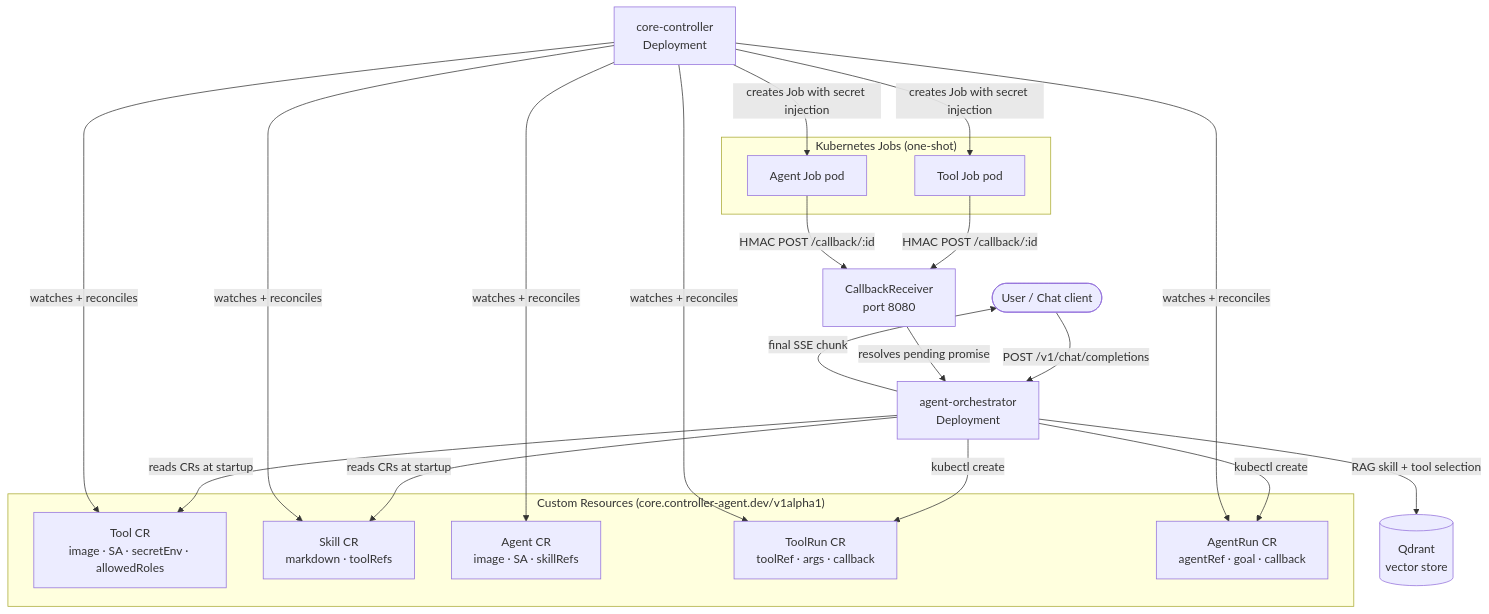
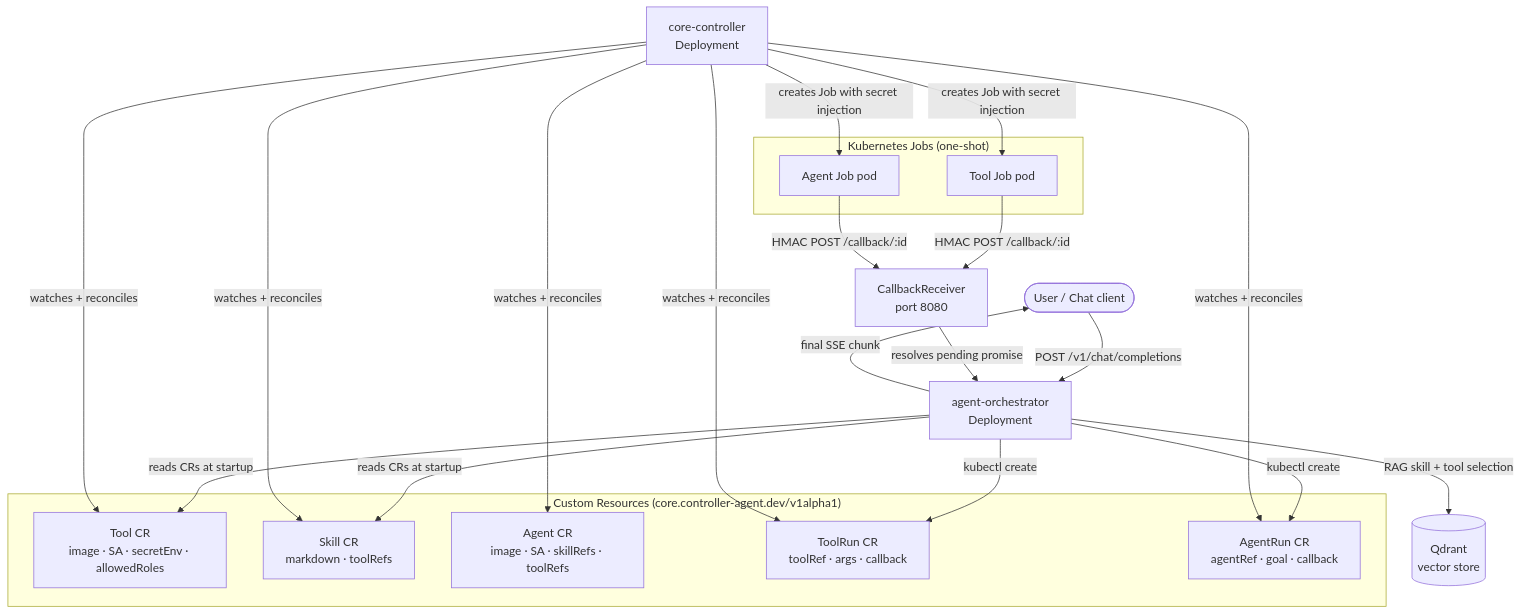
One commit to imaustink/agent-controller changed the diagram in README.md. Above: the diagram before and after it, drawn with Mermaid. The commit also changed 22 other files, not shown here.

First line of the commit message:
Let agents call tools via a new toolRefs field and callTool() SDK method

````diff
--- a/README.md
+++ b/README.md
@@ -39,32 +39,32 @@
 ```mermaid
 graph TD
     User([User / Chat client])
     Orchestrator[agent-orchestrator\nDeployment]
     Controller[core-controller\nDeployment]
 
     subgraph CRDs["Custom Resources (core.controller-agent.dev/v1alpha1)"]
         ToolCR[Tool CR\nimage · SA · secretEnv · allowedRoles]
         SkillCR[Skill CR\nmarkdown · toolRefs]
-        AgentCR[Agent CR\nimage · SA · skillRefs]
+        AgentCR[Agent CR\nimage · SA · skillRefs · toolRefs]
         ToolRunCR[ToolRun CR\ntoolRef · args · callback]
         AgentRunCR[AgentRun CR\nagentRef · goal · callback]
     end
 
     subgraph Jobs["Kubernetes Jobs (one-shot)"]
         ToolJob[Tool Job pod]
         AgentJob[Agent Job pod]
     end
 
     CallbackSrv[CallbackReceiver\nport 8080]
     Qdrant[(Qdrant\nvector store)]
 
     User -->|POST /v1/chat/completions| Orchestrator
     Orchestrator -->|RAG skill + tool selection| Qdrant
     Orchestrator -->|reads CRs at startup| ToolCR & SkillCR
     Orchestrator -->|kubectl create| ToolRunCR & AgentRunCR
     Controller -->|watches + reconciles| ToolRunCR & AgentRunCR & ToolCR & SkillCR & AgentCR
     Controller -->|creates Job with secret injection| ToolJob & AgentJob
     ToolJob & AgentJob -->|HMAC POST /callback/:id| CallbackSrv
     CallbackSrv -->|resolves pending promise| Orchestrator
     Orchestrator -->|final SSE chunk| User
 ```
````
